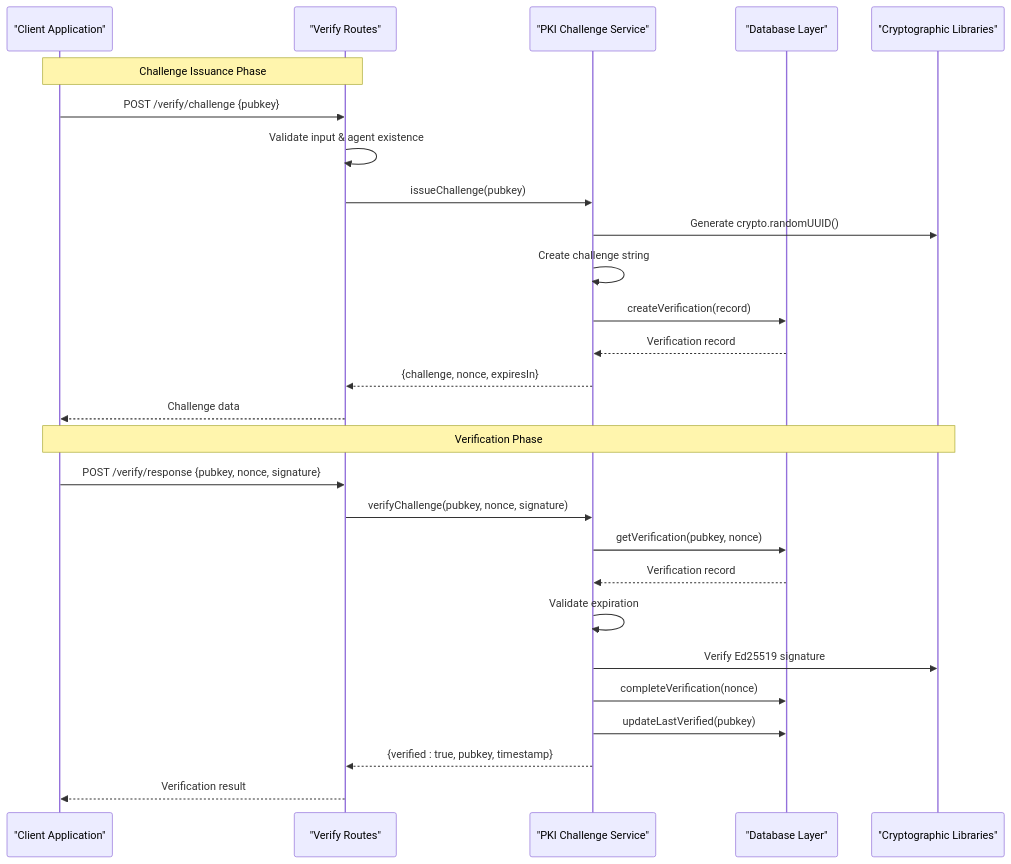
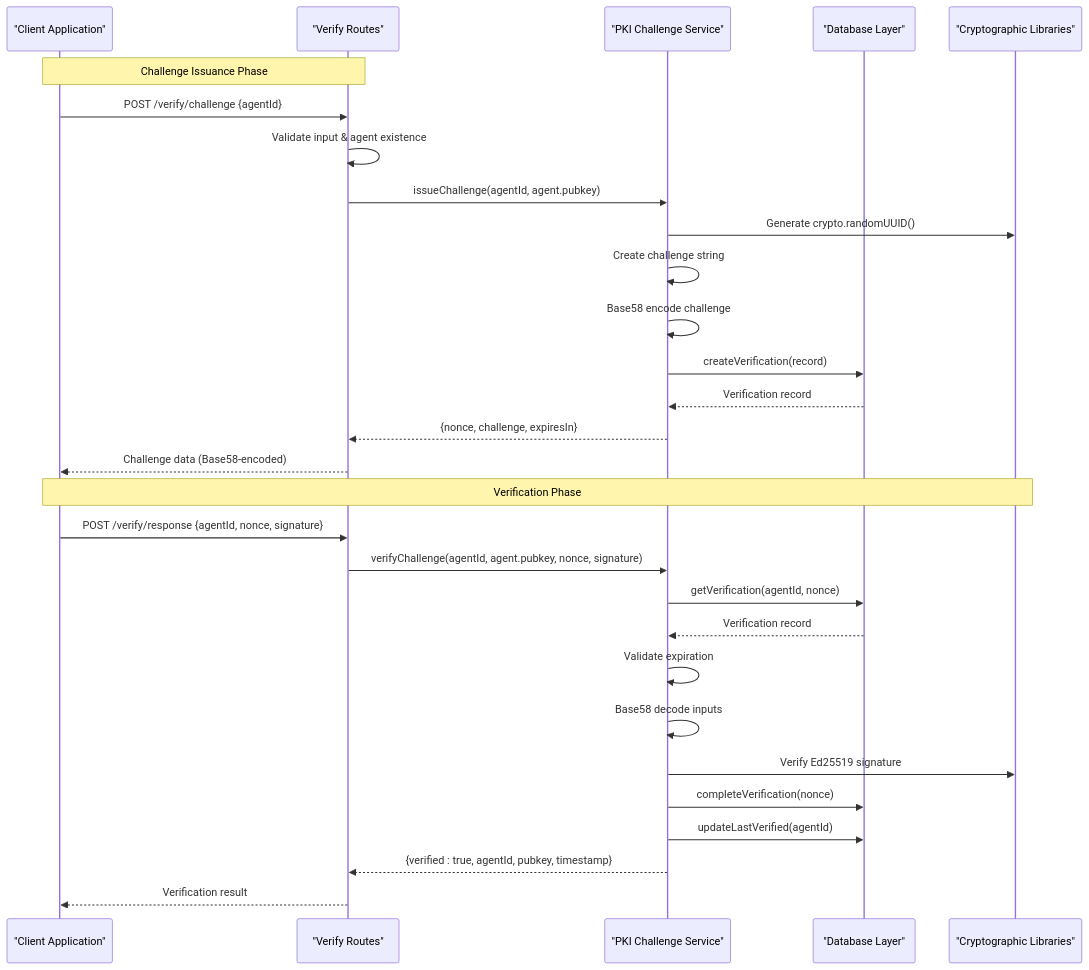
Before and after one commit to RunTimeAdmin/AgentID: the second of 6 diagrams in .qoder/repowiki/en/content/Project Overview/Core Components/PKI Challenge-Response System.md, drawn with Mermaid. The commit also changed other lines of this file and 31 other files, not shown here.

````diff
--- a/.qoder/repowiki/en/content/Project Overview/Core Components/PKI Challenge-Response System.md
+++ b/.qoder/repowiki/en/content/Project Overview/Core Components/PKI Challenge-Response System.md
@@ -112,29 +127,31 @@
 ```mermaid
 sequenceDiagram
 participant Client as "Client Application"
 participant API as "Verify Routes"
 participant Service as "PKI Challenge Service"
 participant DB as "Database Layer"
 participant Crypto as "Cryptographic Libraries"
 Note over Client,API : Challenge Issuance Phase
-Client->>API : POST /verify/challenge {pubkey}
+Client->>API : POST /verify/challenge {agentId}
 API->>API : Validate input & agent existence
-API->>Service : issueChallenge(pubkey)
+API->>Service : issueChallenge(agentId, agent.pubkey)
 Service->>Crypto : Generate crypto.randomUUID()
 Service->>Service : Create challenge string
+Service->>Service : Base58 encode challenge
 Service->>DB : createVerification(record)
 DB-->>Service : Verification record
-Service-->>API : {challenge, nonce, expiresIn}
-API-->>Client : Challenge data
+Service-->>API : {nonce, challenge, expiresIn}
+API-->>Client : Challenge data (Base58-encoded)
 Note over Client,Crypto : Verification Phase
-Client->>API : POST /verify/response {pubkey, nonce, signature}
-API->>Service : verifyChallenge(pubkey, nonce, signature)
-Service->>DB : getVerification(pubkey, nonce)
+Client->>API : POST /verify/response {agentId, nonce, signature}
+API->>Service : verifyChallenge(agentId, agent.pubkey, nonce, signature)
+Service->>DB : getVerification(agentId, nonce)
 DB-->>Service : Verification record
 Service->>Service : Validate expiration
+Service->>Service : Base58 decode inputs
 Service->>Crypto : Verify Ed25519 signature
 Service->>DB : completeVerification(nonce)
-Service->>DB : updateLastVerified(pubkey)
-Service-->>API : {verified : true, pubkey, timestamp}
+Service->>DB : updateLastVerified(agentId)
+Service-->>API : {verified : true, agentId, pubkey, timestamp}
 API-->>Client : Verification result
 ```
````
